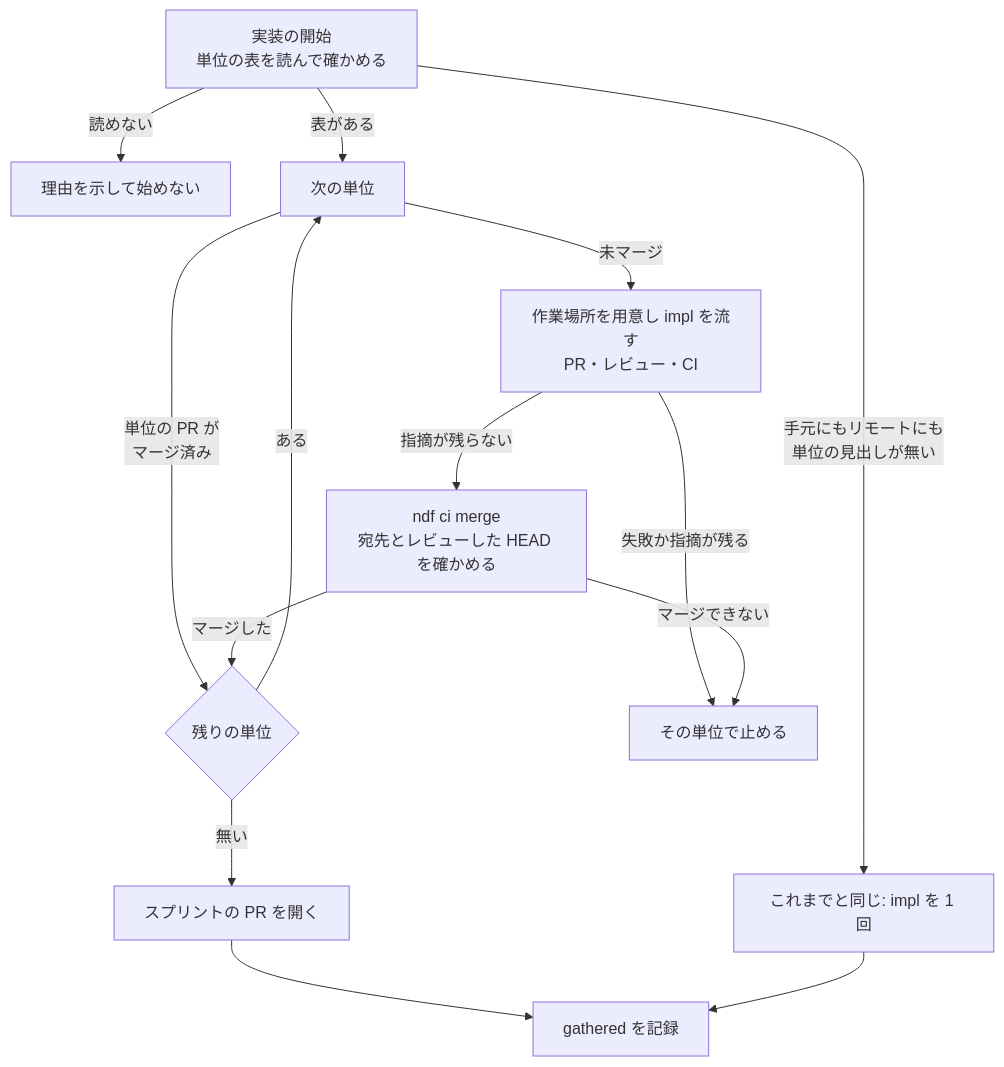
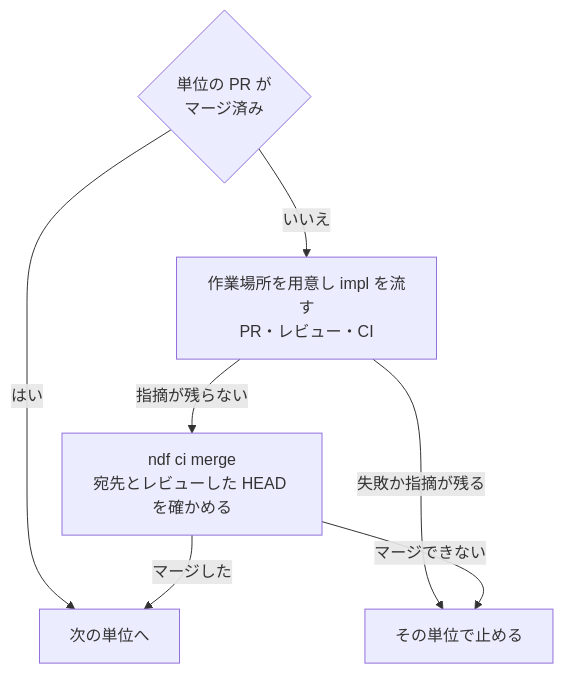
Before and after one commit to devbasex/ai-plugins: the third of 4 diagrams in issues/issue-4369-design.md, drawn with Mermaid. The commit also changed other lines of this file and 2 other files, not shown here.

Commit message:
Docs: 全体像の図にプレリファクタリングと工程「リファクタリング」を入れ、呼び名をそろえる （#4369）

````diff
--- a/issues/issue-4369-design.md
+++ b/issues/issue-4369-design.md
@@ -73,16 +91,9 @@
 ```mermaid
 flowchart TB
-  S["実装の開始<br/>単位の表を読んで確かめる"] -->|手元にもリモートにも<br/>単位の見出しが無い| OLD["これまでと同じ: impl を 1 回"]
-  S -->|読めない| STOP["理由を示して始めない"]
-  S -->|表がある| U["次の単位"]
-  U -->|単位の PR が<br/>マージ済み| N{"残りの単位"}
-  U -->|未マージ| PL["作業場所を用意し impl を流す<br/>PR・レビュー・CI"]
-  PL -->|失敗か指摘が残る| STOP2["その単位で止める"]
+  H{"単位の PR が<br/>マージ済み"} -->|はい| N["次の単位へ"]
+  H -->|いいえ| PL["作業場所を用意し impl を流す<br/>PR・レビュー・CI"]
+  PL -->|失敗か指摘が残る| X["その単位で止める"]
   PL -->|指摘が残らない| M["ndf ci merge<br/>宛先とレビューした HEAD を確かめる"]
-  M -->|マージできない| STOP2
+  M -->|マージできない| X
   M -->|マージした| N
-  N -->|ある| U
-  N -->|無い| PR["スプリントの PR を開く"]
-  PR --> G["gathered を記録"]
-  OLD --> G
 ```
````
